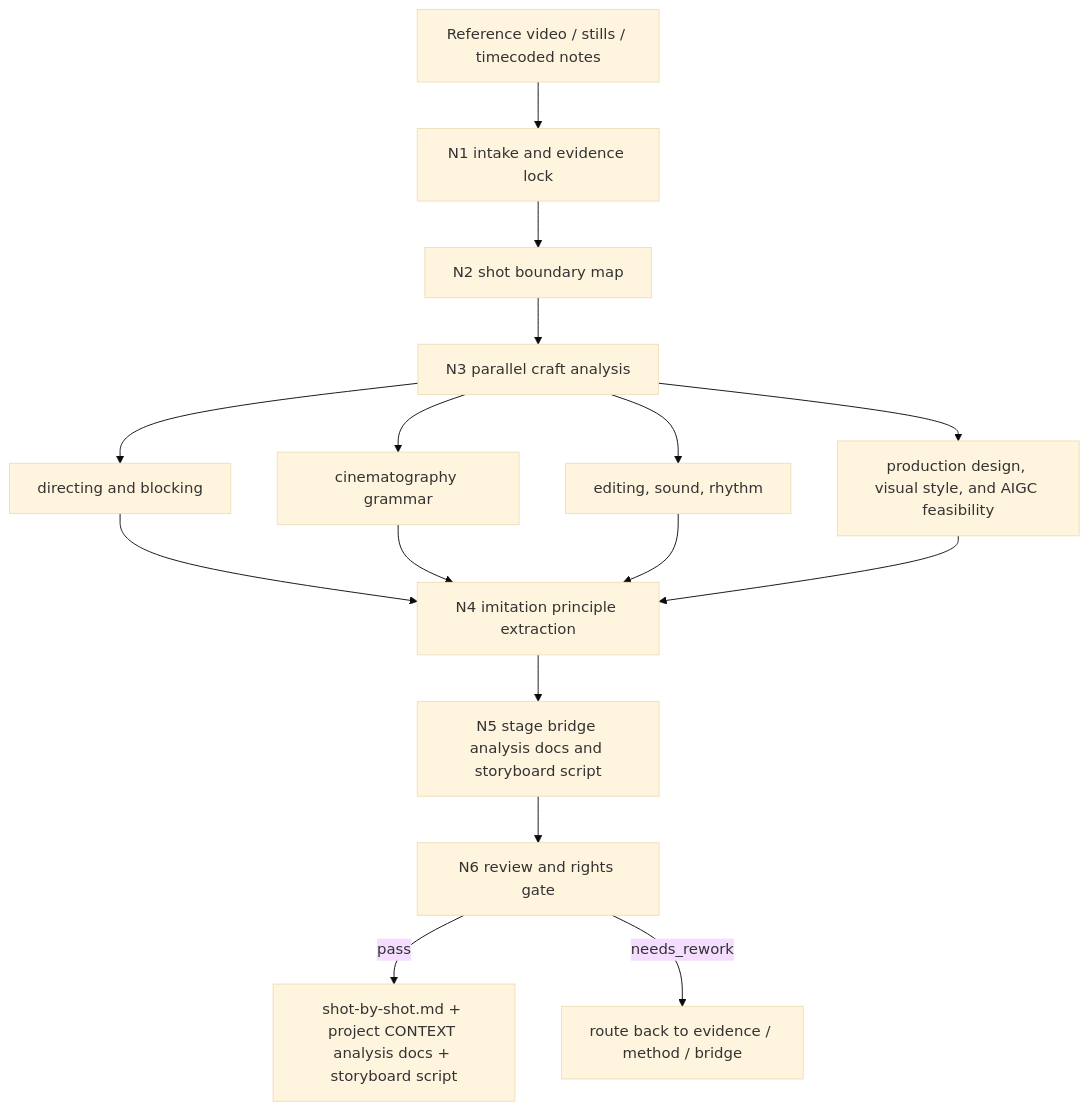
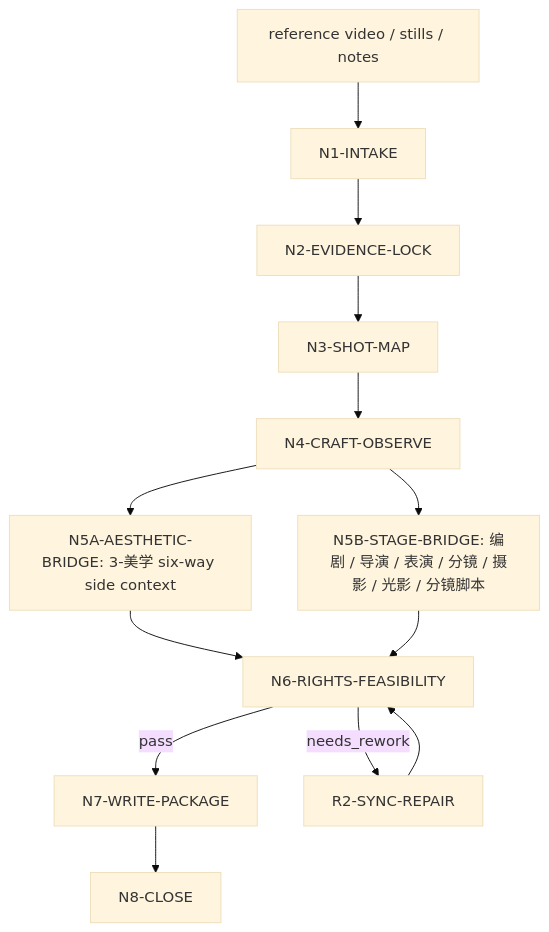
One commit to ZEN-VOID/AI-CUT changed the first of 2 diagrams in .agents/skills/aigc/shot-by-shot/SKILL.md. Above: the diagram before and after it, drawn with Mermaid (base theme). The commit also changed other lines of this file and 739 other files, not shown here.

````diff
--- a/.agents/skills/aigc/shot-by-shot/SKILL.md
+++ b/.agents/skills/aigc/shot-by-shot/SKILL.md
@@ -104,18 +148,15 @@
 ```mermaid
 flowchart TD
-    A["Reference video / stills / timecoded notes"] --> B["N1 intake and evidence lock"]
-    B --> C["N2 shot boundary map"]
-    C --> D["N3 parallel craft analysis"]
-    D --> D1["directing and blocking"]
-    D --> D2["cinematography grammar"]
-    D --> D3["editing, sound, rhythm"]
-    D --> D4["production design, visual style, and AIGC feasibility"]
-    D1 --> E["N4 imitation principle extraction"]
-    D2 --> E
-    D3 --> E
-    D4 --> E
-    E --> F["N5 stage bridge analysis docs and storyboard script"]
-    F --> G["N6 review and rights gate"]
-    G -->|"pass"| H["shot-by-shot.md + project CONTEXT analysis docs + storyboard script"]
-    G -->|"needs_rework"| R["route back to evidence / method / bridge"]
+    A["reference video / stills / notes"] --> B["N1-INTAKE"]
+    B --> C["N2-EVIDENCE-LOCK"]
+    C --> D["N3-SHOT-MAP"]
+    D --> E["N4-CRAFT-OBSERVE"]
+    E --> F1["N5A-AESTHETIC-BRIDGE: 3-美学 six-way side context"]
+    E --> F2["N5B-STAGE-BRIDGE: 编剧 / 导演 / 表演 / 分镜 / 摄影 / 光影 / 分镜脚本"]
+    F1 --> G["N6-RIGHTS-FEASIBILITY"]
+    F2 --> G
+    G -->|"pass"| H["N7-WRITE-PACKAGE"]
+    G -->|"needs_rework"| R["R2-SYNC-REPAIR"]
+    H --> I["N8-CLOSE"]
+    R --> G
 ```
````
